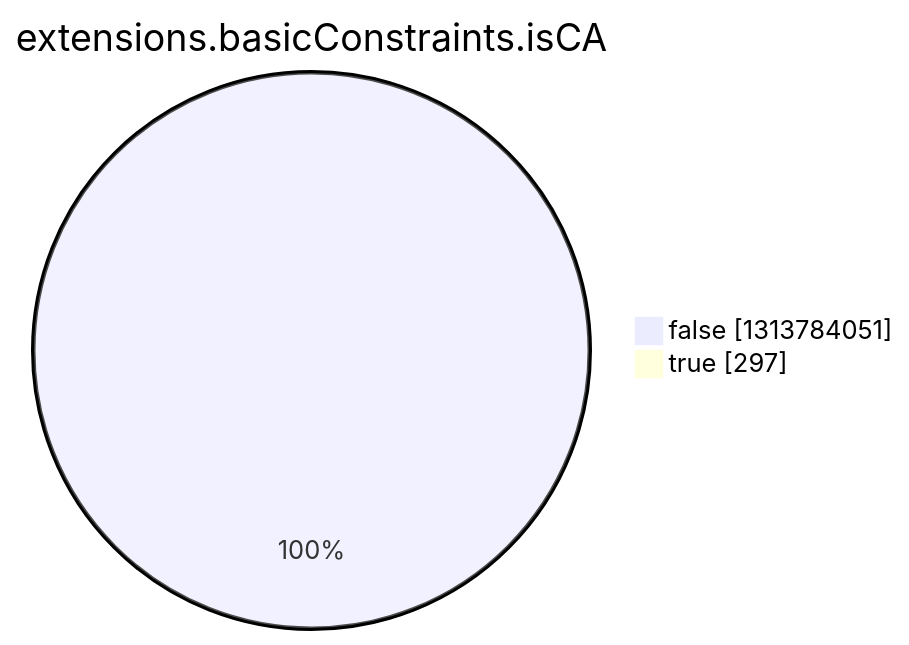
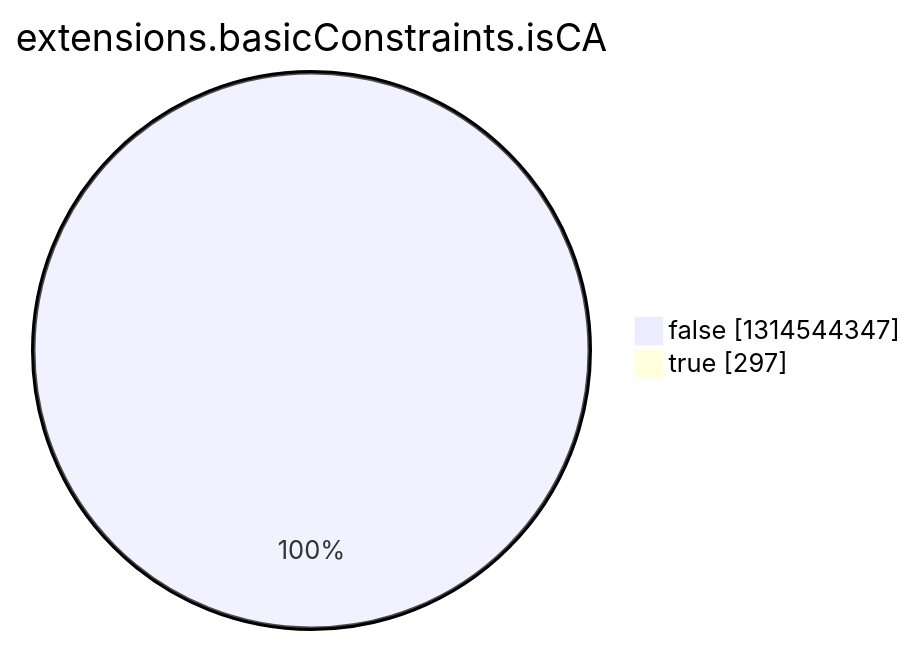
Before and after one commit to christiankrug/ctmonitor_visualization: the eighth of 15 diagrams in argon2022/README.md, drawn with Mermaid. The commit also changed other lines of this file, not shown here.

````diff
--- a/argon2022/README.md
+++ b/argon2022/README.md
@@ -2758,6 +2758,6 @@
 ```mermaid
 pie showData
 title extensions.basicConstraints.isCA
-"false" :1313784051
+"false" :1314544347
 "true" :297
 ```
````
